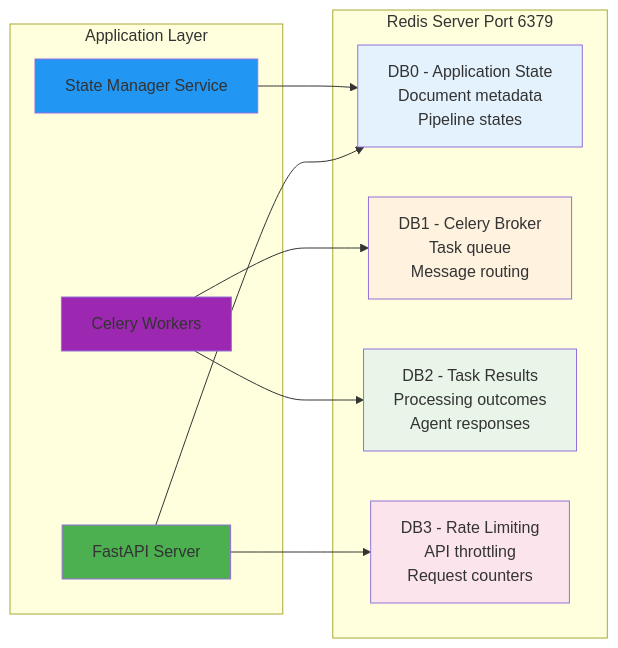
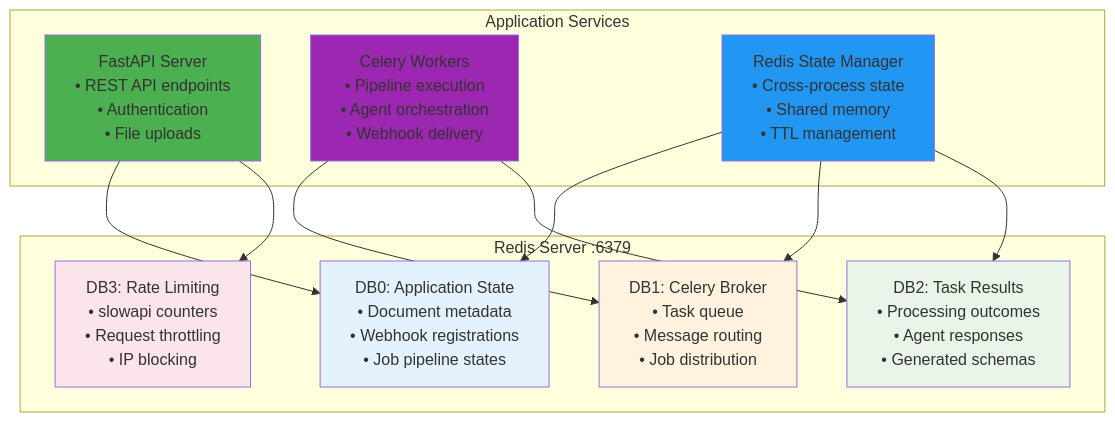
Before and after one commit to Tony363/document-ingestion-agent: the third of 4 diagrams in README.md, drawn with Mermaid. The commit also changed other lines of this file, not shown here.

````diff
--- a/README.md
+++ b/README.md
@@ -143,29 +150,31 @@
 ```mermaid
-graph LR
-    subgraph RedisInstance ["Redis Server Port 6379"]
-        DB0[DB0 - Application State<br/>Document metadata<br/>Pipeline states]
-        DB1[DB1 - Celery Broker<br/>Task queue<br/>Message routing]
-        DB2[DB2 - Task Results<br/>Processing outcomes<br/>Agent responses]
-        DB3[DB3 - Rate Limiting<br/>API throttling<br/>Request counters]
+graph TB
+    subgraph RedisInstance ["Redis Server :6379"]
+        DB0[DB0: Application State<br/>• Document metadata<br/>• Webhook registrations<br/>• Job pipeline states]
+        DB1[DB1: Celery Broker<br/>• Task queue<br/>• Message routing<br/>• Job distribution]
+        DB2[DB2: Task Results<br/>• Processing outcomes<br/>• Agent responses<br/>• Generated schemas]
+        DB3[DB3: Rate Limiting<br/>• slowapi counters<br/>• Request throttling<br/>• IP blocking]
     end
     
-    subgraph Applications ["Application Layer"]
-        FastAPI[FastAPI Server]
-        CeleryWorker[Celery Workers]
-        StateManager[State Manager Service]
+    subgraph Applications ["Application Services"]
+        FastAPI[FastAPI Server<br/>• REST API endpoints<br/>• Authentication<br/>• File uploads]
+        CeleryWorker[Celery Workers<br/>• Pipeline execution<br/>• Agent orchestration<br/>• Webhook delivery]
+        StateManager[Redis State Manager<br/>• Cross-process state<br/>• Shared memory<br/>• TTL management]
     end
     
     FastAPI --> DB0
     FastAPI --> DB3
     CeleryWorker --> DB1
     CeleryWorker --> DB2
     StateManager --> DB0
+    StateManager --> DB1
+    StateManager --> DB2
     
     style DB0 fill:#E3F2FD
     style DB1 fill:#FFF3E0
     style DB2 fill:#E8F5E8
     style DB3 fill:#FCE4EC
     style FastAPI fill:#4CAF50
     style CeleryWorker fill:#9C27B0
     style StateManager fill:#2196F3
 ```
````
